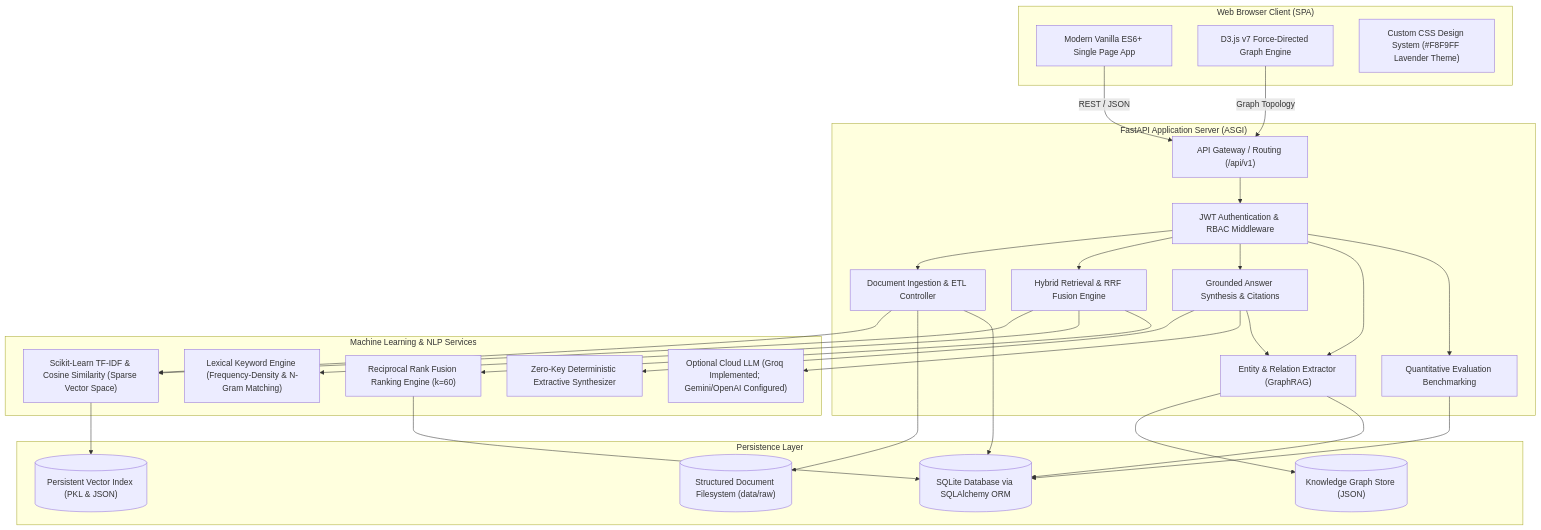
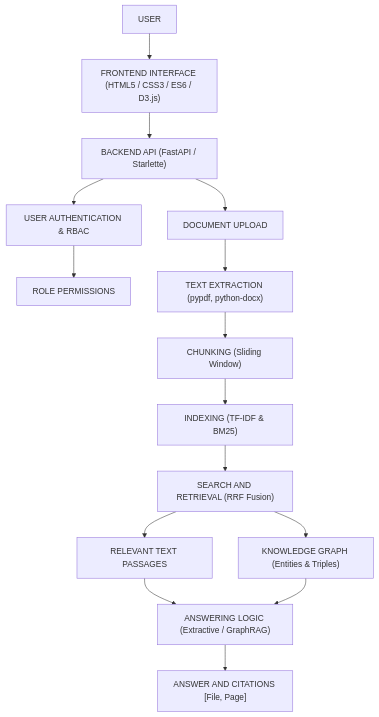
The diagram in README.md (shweeta1015/enterprise-knowledge-navigator), drawn with Mermaid before and after one commit. The commit also changed other lines of this file, not shown here.

Commit message:
docs: polish README with structured 19-section guide, clean tables, and internal navigation

````diff
--- a/README.md
+++ b/README.md
@@ -136,60 +348,22 @@
 ```mermaid
 flowchart TD
-    subgraph Client["Web Browser Client (SPA)"]
-        UI["Modern Vanilla ES6+ Single Page App"]
-        D3["D3.js v7 Force-Directed Graph Engine"]
-        CSS["Custom CSS Design System (#F8F9FF Lavender Theme)"]
-    end
-
-    subgraph API["FastAPI Application Server (ASGI)"]
-        Router["API Gateway / Routing (/api/v1)"]
-        AuthMiddleware["JWT Authentication & RBAC Middleware"]
-        DocController["Document Ingestion & ETL Controller"]
-        SearchController["Hybrid Retrieval & RRF Fusion Engine"]
-        RAGController["Grounded Answer Synthesis & Citations"]
-        GraphController["Entity & Relation Extractor (GraphRAG)"]
-        EvalController["Quantitative Evaluation Benchmarking"]
-    end
-
-    subgraph Engine["Machine Learning & NLP Services"]
-        VectorService["Scikit-Learn TF-IDF & Cosine Similarity (Sparse Vector Space)"]
-        BM25Service["Lexical Keyword Engine (Frequency-Density & N-Gram Matching)"]
-        RRF["Reciprocal Rank Fusion Ranking Engine (k=60)"]
-        ExtractiveRAG["Zero-Key Deterministic Extractive Synthesizer"]
-        CloudLLM["Optional Cloud LLM (Groq Implemented; Gemini/OpenAI Configured)"]
-    end
-
-    subgraph Storage["Persistence Layer"]
-        DB[("SQLite Database via SQLAlchemy ORM")]
-        VectorStore[("Persistent Vector Index (PKL & JSON)")]
-        DocStore[("Structured Document Filesystem (data/raw)")]
-        GraphStore[("Knowledge Graph Store (JSON)")]
-    end
-
-    UI -->|REST / JSON| Router
-    D3 -->|Graph Topology| Router
-    Router --> AuthMiddleware
-    AuthMiddleware --> DocController
-    AuthMiddleware --> SearchController
-    AuthMiddleware --> RAGController
-    AuthMiddleware --> GraphController
-    AuthMiddleware --> EvalController
-
-    DocController --> VectorService
-    DocController --> DocStore
-    DocController --> DB
-
-    SearchController --> VectorService
-    SearchController --> BM25Service
-    SearchController --> RRF
-    RRF --> DB
-
-    RAGController --> ExtractiveRAG
-    RAGController --> CloudLLM
-    RAGController --> GraphController
-
-    VectorService --> VectorStore
-    GraphController --> GraphStore
-    GraphController --> DB
-    EvalController --> DB
+    User["USER"] --> Frontend["FRONTEND INTERFACE (HTML5 / CSS3 / ES6 / D3.js)"]
+    Frontend --> API["BACKEND API (FastAPI / Starlette)"]
+    
+    API --> Auth["USER AUTHENTICATION & RBAC"]
+    Auth --> Permissions["ROLE PERMISSIONS"]
+    
+    API --> Upload["DOCUMENT UPLOAD"]
+    Upload --> Extract["TEXT EXTRACTION (pypdf, python-docx)"]
+    Extract --> Chunk["CHUNKING (Sliding Window)"]
+    Chunk --> Index["INDEXING (TF-IDF & BM25)"]
+    Index --> Search["SEARCH AND RETRIEVAL (RRF Fusion)"]
+    
+    Search --> RelevantText["RELEVANT TEXT PASSAGES"]
+    Search --> KnowledgeGraph["KNOWLEDGE GRAPH (Entities & Triples)"]
+    
+    RelevantText --> AnswerLogic["ANSWERING LOGIC (Extractive / GraphRAG)"]
+    KnowledgeGraph --> AnswerLogic
+    
+    AnswerLogic --> Output["ANSWER AND CITATIONS [File, Page]"]
 ```
````
